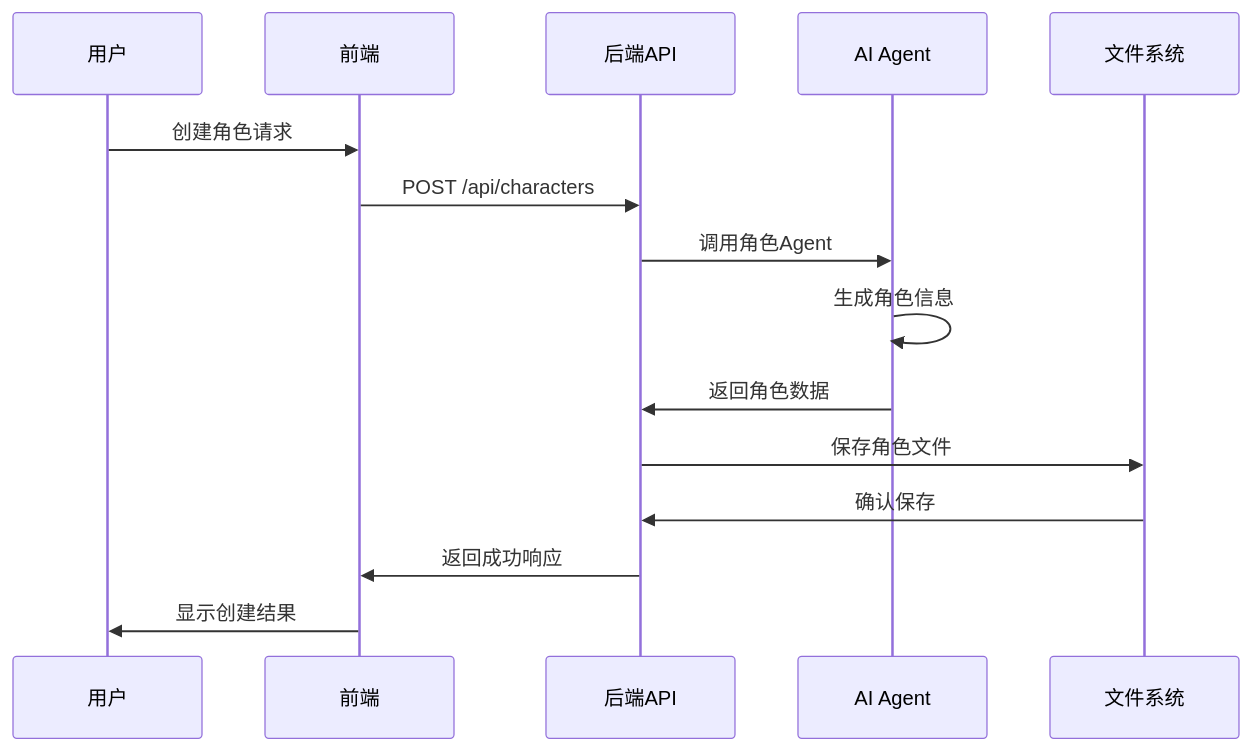
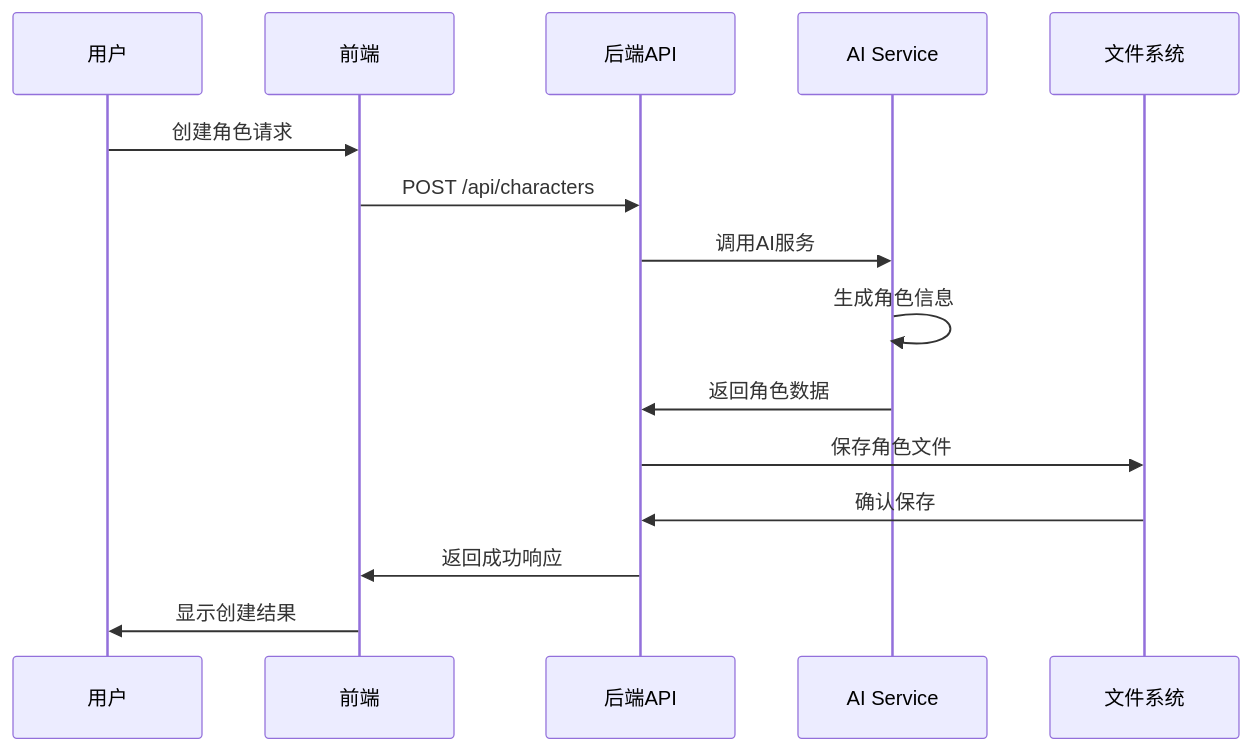
One commit to lvtiansama/novel-writing-ai changed the third of 3 diagrams in README.md. Above: the diagram before and after it, drawn with Mermaid. The commit also changed other lines of this file and 8 other files, not shown here.

````diff
--- a/README.md
+++ b/README.md
@@ -116,18 +115,18 @@
 ```mermaid
 sequenceDiagram
     participant U as 用户
     participant F as 前端
     participant B as 后端API
-    participant A as AI Agent
+    participant A as AI Service
     participant FS as 文件系统
     
     U->>F: 创建角色请求
     F->>B: POST /api/characters
-    B->>A: 调用角色Agent
+    B->>A: 调用AI服务
     A->>A: 生成角色信息
     A->>B: 返回角色数据
     B->>FS: 保存角色文件
     FS->>B: 确认保存
     B->>F: 返回成功响应
     F->>U: 显示创建结果
 ```
````
